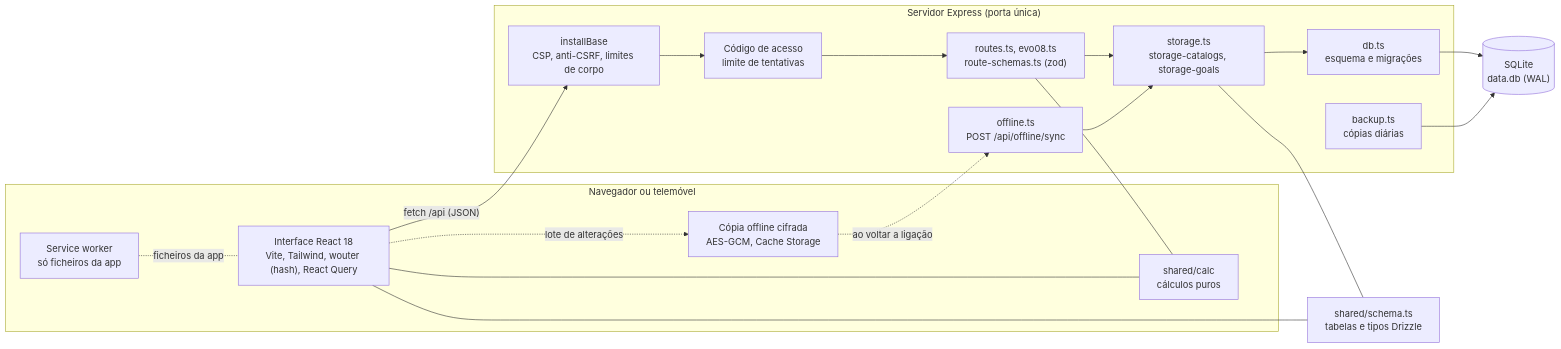
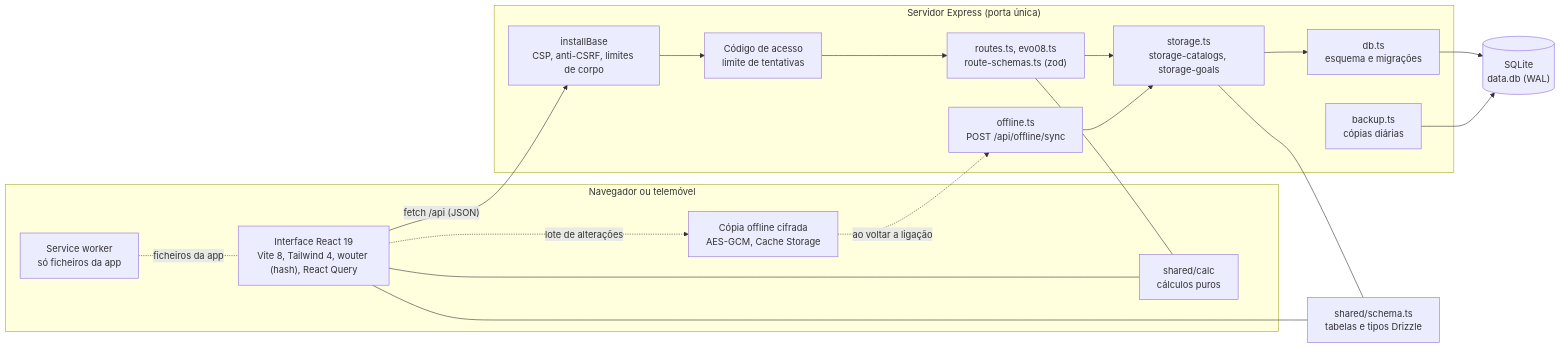
The first of 4 diagrams in docs/ARQUITETURA.md (DiogoMegaMartins/salary-management), drawn with Mermaid before and after one commit. The commit also changed 6 other files, not shown here.

````diff
--- a/docs/ARQUITETURA.md
+++ b/docs/ARQUITETURA.md
@@ -6,29 +6,29 @@
 ```mermaid
 flowchart LR
   subgraph Cliente["Navegador ou telemóvel"]
-    UI["Interface React 18<br/>Vite, Tailwind, wouter (hash), React Query"]
+    UI["Interface React 19<br/>Vite 8, Tailwind 4, wouter (hash), React Query"]
     CalcC["shared/calc<br/>cálculos puros"]
     Offline["Cópia offline cifrada<br/>AES-GCM, Cache Storage"]
     SW["Service worker<br/>só ficheiros da app"]
   end
   subgraph Servidor["Servidor Express (porta única)"]
     Base["installBase<br/>CSP, anti-CSRF, limites de corpo"]
     Auth["Código de acesso<br/>limite de tentativas"]
     Rotas["routes.ts, evo08.ts<br/>route-schemas.ts (zod)"]
     Sync["offline.ts<br/>POST /api/offline/sync"]
     Storage["storage.ts<br/>storage-catalogs, storage-goals"]
     DbMod["db.ts<br/>esquema e migrações"]
     Bk["backup.ts<br/>cópias diárias"]
   end
   DB[("SQLite<br/>data.db (WAL)")]
   Shared["shared/schema.ts<br/>tabelas e tipos Drizzle"]
 
   UI -- "fetch /api (JSON)" --> Base --> Auth --> Rotas --> Storage --> DbMod --> DB
   UI -. "lote de alterações" .-> Offline -. "ao voltar a ligação" .-> Sync --> Storage
   UI --- CalcC
   Rotas --- CalcC
   Bk --> DB
   UI --- Shared
   Storage --- Shared
   SW -. "ficheiros da app" .- UI
 ```
````
